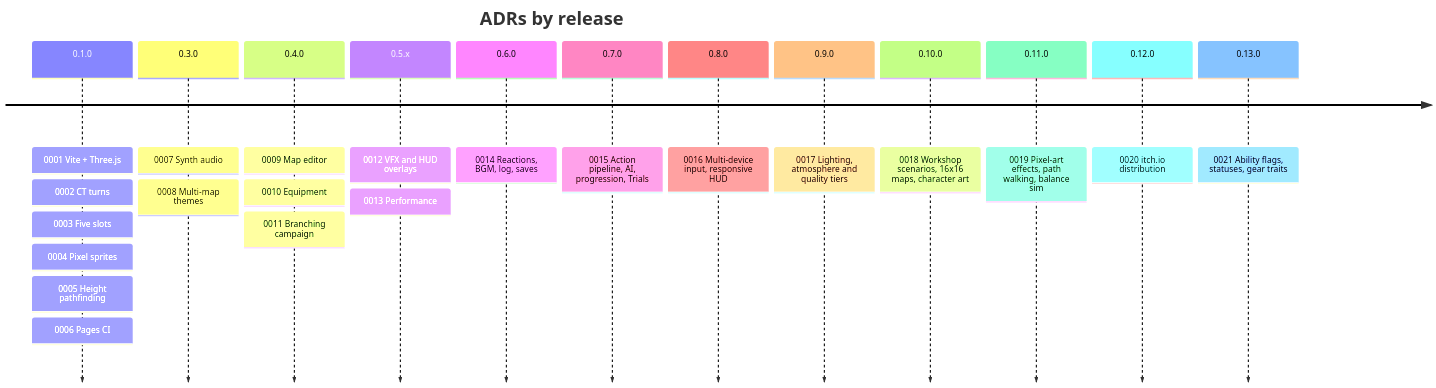
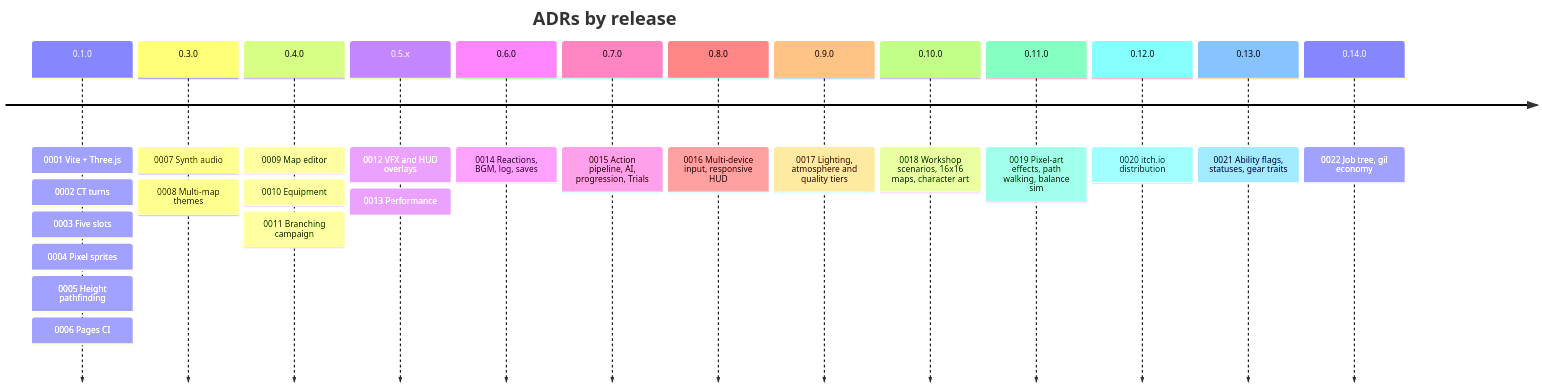
One commit to CptNope/Chess-RPG-Tactics changed the second of 2 diagrams in docs/README.md. Above: the diagram before and after it, drawn with Mermaid. The commit also changed other lines of this file and 28 other files, not shown here.

First line of the commit message:
0.14.0: job levels and job tree, Paladin and Spellblade, gil and shop, status pips

````diff
--- a/docs/README.md
+++ b/docs/README.md
@@ -52,16 +52,17 @@
 ```mermaid
 timeline
     title ADRs by release
     0.1.0 : 0001 Vite + Three.js : 0002 CT turns : 0003 Five slots : 0004 Pixel sprites : 0005 Height pathfinding : 0006 Pages CI
     0.3.0 : 0007 Synth audio : 0008 Multi-map themes
     0.4.0 : 0009 Map editor : 0010 Equipment : 0011 Branching campaign
     0.5.x : 0012 VFX and HUD overlays : 0013 Performance
     0.6.0 : 0014 Reactions, BGM, log, saves
     0.7.0 : 0015 Action pipeline, AI, progression, Trials
     0.8.0 : 0016 Multi-device input, responsive HUD
     0.9.0 : 0017 Lighting, atmosphere and quality tiers
     0.10.0 : 0018 Workshop scenarios, 16x16 maps, character art
     0.11.0 : 0019 Pixel-art effects, path walking, balance sim
     0.12.0 : 0020 itch.io distribution
     0.13.0 : 0021 Ability flags, statuses, gear traits
+    0.14.0 : 0022 Job tree, gil economy
 ```
````
